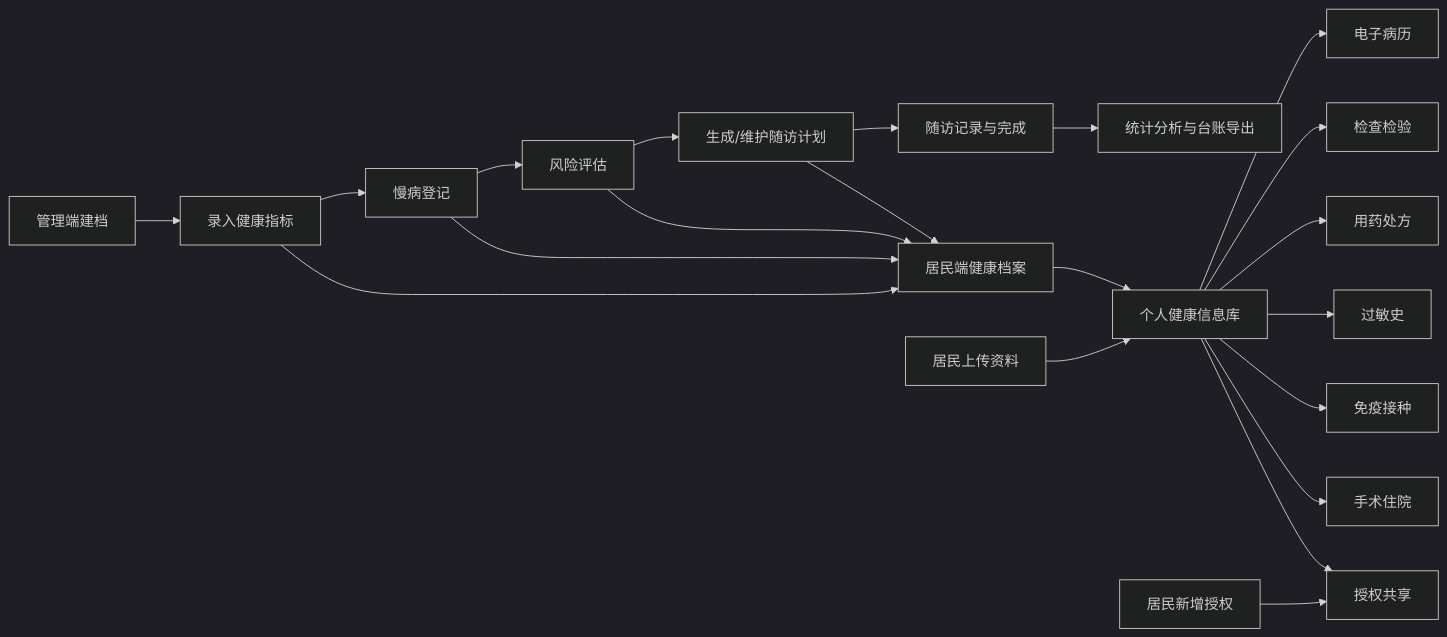
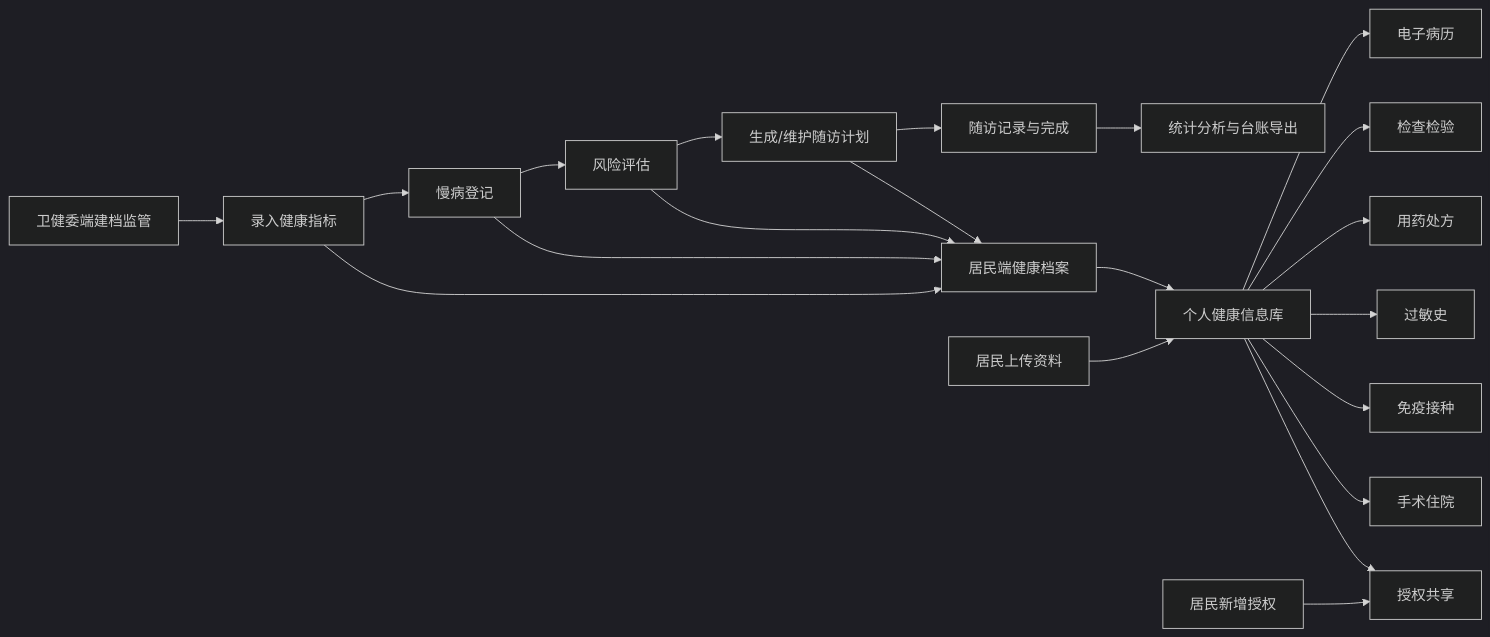
The second of 3 diagrams in docs/慢病平台系统结构图与优化建议.md (xujiann/chronic-care-platform), drawn with Mermaid (dark theme) before and after one commit. The commit also changed other lines of this file and 4 other files, not shown here.

````diff
--- a/docs/慢病平台系统结构图与优化建议.md
+++ b/docs/慢病平台系统结构图与优化建议.md
@@ -111,26 +111,26 @@
 ```mermaid
 flowchart LR
-    A["管理端建档"] --> B["录入健康指标"]
+    A["卫健委端建档监管"] --> B["录入健康指标"]
     B --> C["慢病登记"]
     C --> D["风险评估"]
     D --> E["生成/维护随访计划"]
     E --> F["随访记录与完成"]
     F --> G["统计分析与台账导出"]
 
     B --> H["居民端健康档案"]
     C --> H
     D --> H
     E --> H
 
     H --> I["个人健康信息库"]
     I --> I1["电子病历"]
     I --> I2["检查检验"]
     I --> I3["用药处方"]
     I --> I4["过敏史"]
     I --> I5["免疫接种"]
     I --> I6["手术住院"]
     I --> I7["授权共享"]
 
     J["居民上传资料"] --> I
     K["居民新增授权"] --> I7
 ```
````
